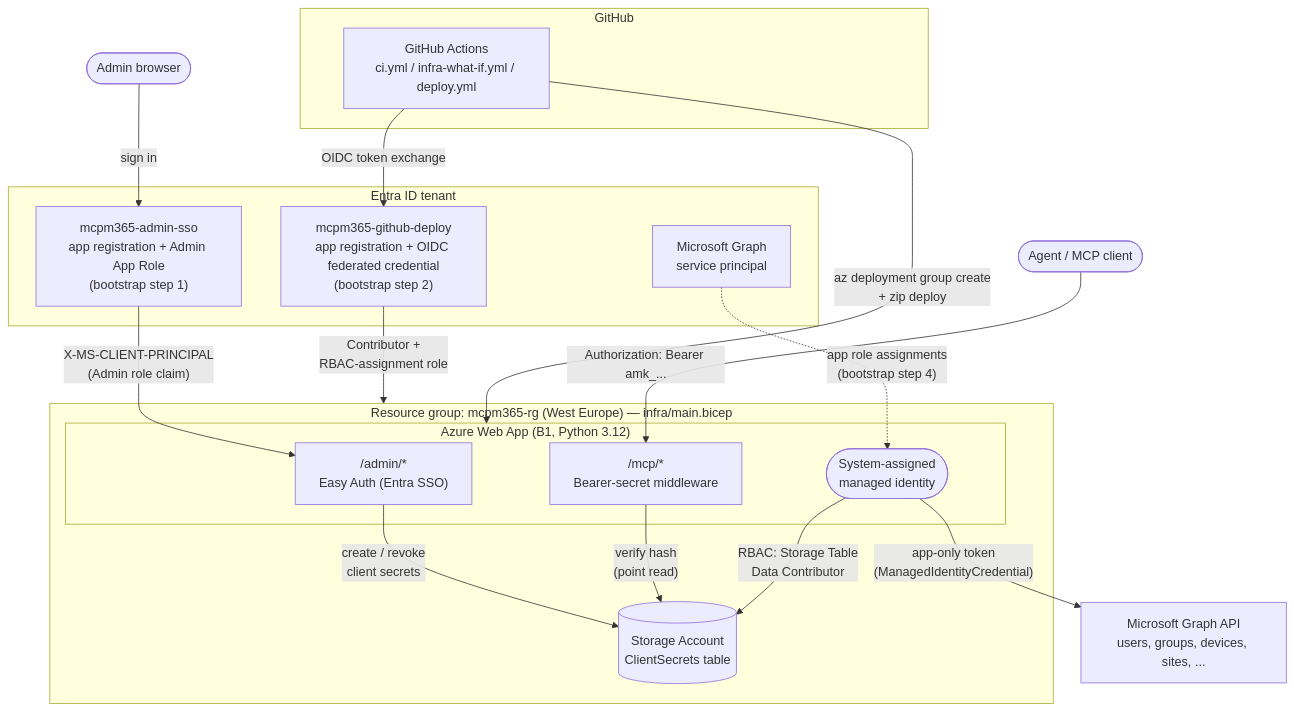
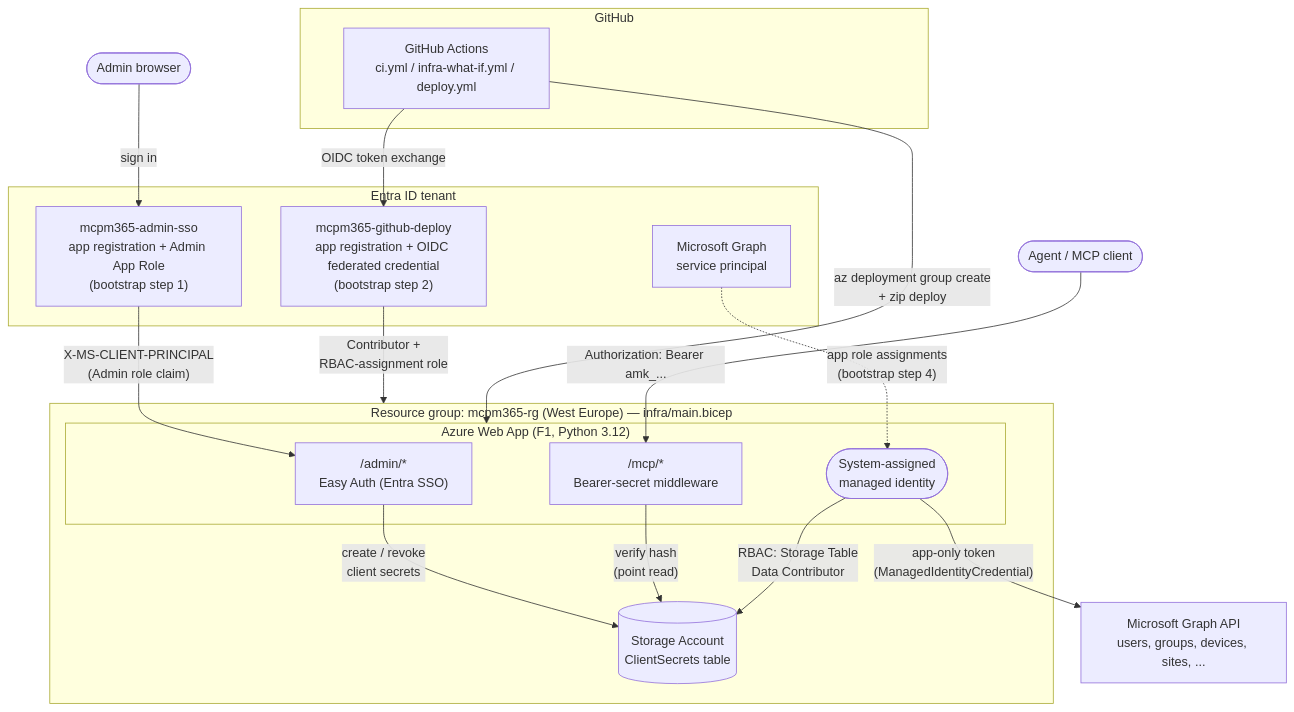
Before and after one commit to mybesttools/mcp-m365-mgmt: the diagram in infra/bootstrap/README.md, drawn with Mermaid. The commit also changed 2 other files, not shown here.

Commit message:
Run the App Service plan on the Free tier
The service is used rarely (mainly the blog's password reset), so B1 at
about €11/month isn't worth it. F1 keeps it available around the clock;
the cost is a cold start after ~20 idle minutes and a 60 CPU-minute
daily quota, which this traffic doesn't come near.

````diff
--- a/infra/bootstrap/README.md
+++ b/infra/bootstrap/README.md
@@ -14,41 +14,41 @@
 ```mermaid
 flowchart TB
     Admin(["Admin browser"])
     Agent(["Agent / MCP client"])
 
     subgraph GitHub["GitHub"]
         Actions["GitHub Actions\nci.yml / infra-what-if.yml / deploy.yml"]
     end
 
     subgraph Entra["Entra ID tenant"]
         AdminApp["mcpm365-admin-sso<br/>app registration + Admin App Role<br/>(bootstrap step 1)"]
         DeployApp["mcpm365-github-deploy<br/>app registration + OIDC federated credential<br/>(bootstrap step 2)"]
         GraphSP["Microsoft Graph<br/>service principal"]
     end
 
     subgraph RG["Resource group: mcpm365-rg (West Europe) — infra/main.bicep"]
-        subgraph WebApp["Azure Web App (B1, Python 3.12)"]
+        subgraph WebApp["Azure Web App (F1, Python 3.12)"]
             AdminRoute["/admin/*<br/>Easy Auth (Entra SSO)"]
             McpRoute["/mcp/*<br/>Bearer-secret middleware"]
             MI(["System-assigned<br/>managed identity"])
         end
         Storage[("Storage Account<br/>ClientSecrets table")]
     end
 
     Graph["Microsoft Graph API<br/>users, groups, devices, sites, ..."]
 
     Actions -- "OIDC token exchange" --> DeployApp
     DeployApp -- "Contributor +<br/>RBAC-assignment role" --> RG
     Actions -- "az deployment group create<br/>+ zip deploy" --> WebApp
 
     Admin -- "sign in" --> AdminApp
     AdminApp -- "X-MS-CLIENT-PRINCIPAL<br/>(Admin role claim)" --> AdminRoute
     AdminRoute -- "create / revoke<br/>client secrets" --> Storage
 
     Agent -- "Authorization: Bearer amk_..." --> McpRoute
     McpRoute -- "verify hash<br/>(point read)" --> Storage
 
     MI -- "RBAC: Storage Table<br/>Data Contributor" --> Storage
     MI -- "app-only token<br/>(ManagedIdentityCredential)" --> Graph
     GraphSP -. "app role assignments<br/>(bootstrap step 4)" .-> MI
 ```
````
